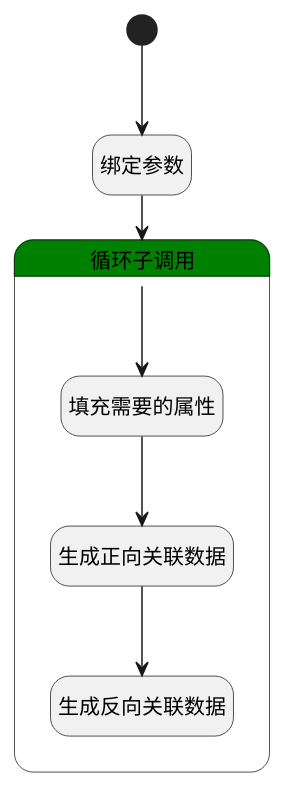
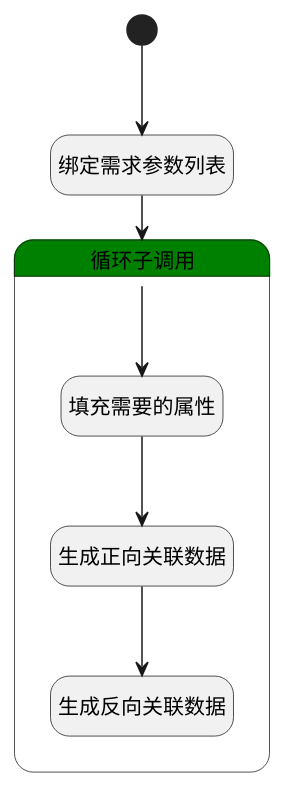
The diagram in doc/docsify/module/ProdMgmt/idea/logic/idea_re_plan.md (iBizLab/plm), drawn with PlantUML before and after one commit. The commit also changed other lines of this file and 1068 other files, not shown here.

````diff
--- a/doc/docsify/module/ProdMgmt/idea/logic/idea_re_plan.md
+++ b/doc/docsify/module/ProdMgmt/idea/logic/idea_re_plan.md
@@ -7,28 +7,28 @@
 ```plantuml
 @startuml
 hide empty description
 <style>
 root {
   HyperlinkColor #42b983
 }
 </style>
 
 hide empty description
 state "开始" as Begin <<start>> [[$./idea_re_plan#begin {"开始"}]]
-state "绑定参数" as BINDPARAM1  [[$./idea_re_plan#bindparam1 {"绑定参数"}]]
+state "绑定需求参数列表" as BINDPARAM1  [[$./idea_re_plan#bindparam1 {"绑定需求参数列表"}]]
 state "循环子调用" as LOOPSUBCALL1  [[$./idea_re_plan#loopsubcall1 {"循环子调用"}]] #green {
 state "填充需要的属性" as PREPAREPARAM1  [[$./idea_re_plan#prepareparam1 {"填充需要的属性"}]]
 state "生成正向关联数据" as DEACTION1  [[$./idea_re_plan#deaction1 {"生成正向关联数据"}]]
 state "生成反向关联数据" as DEACTION2  [[$./idea_re_plan#deaction2 {"生成反向关联数据"}]]
 }
 
 
 Begin --> BINDPARAM1
 BINDPARAM1 --> LOOPSUBCALL1
 LOOPSUBCALL1 --> PREPAREPARAM1
 PREPAREPARAM1 --> DEACTION1
 DEACTION1 --> DEACTION2
 
 
 @enduml
 ```
````
